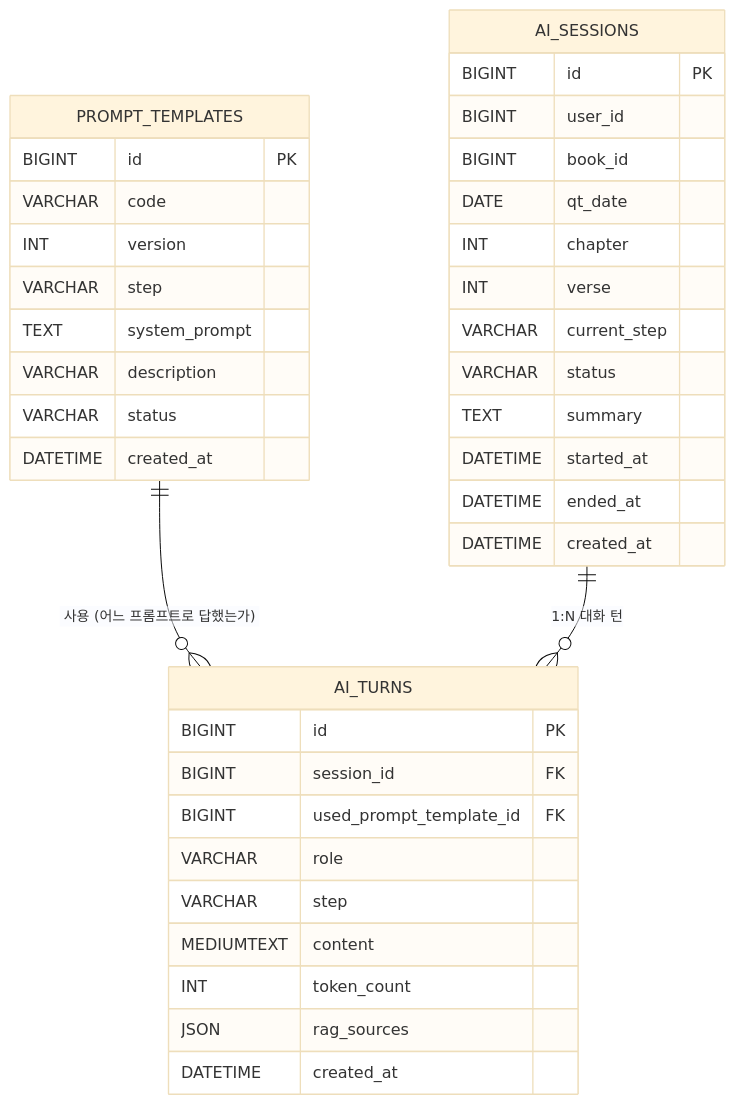
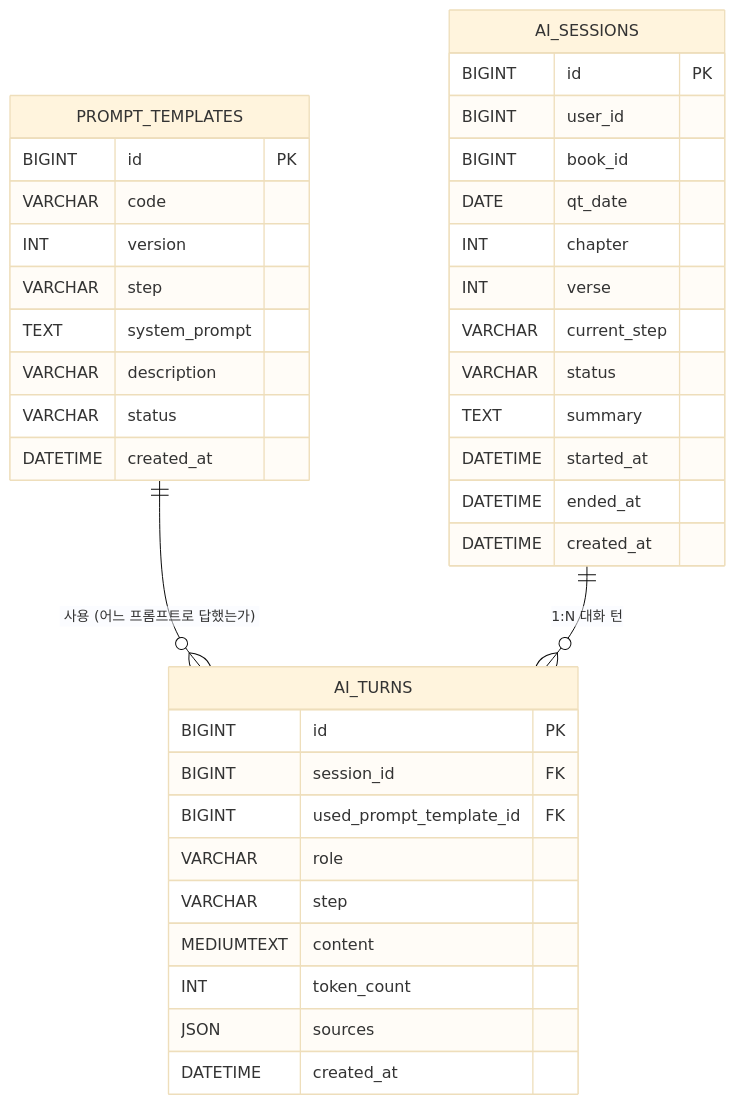
Before and after one commit to Tae0072/2nd-Team-Project: the third of 7 diagrams in 02_ERD_문서.md, drawn with Mermaid (base theme). The commit also changed other lines of this file and 56 other files, not shown here.

````diff
--- a/02_ERD_문서.md
+++ b/02_ERD_문서.md
@@ -349,41 +366,41 @@
 ```mermaid
 erDiagram
     PROMPT_TEMPLATES ||--o{ AI_TURNS : "사용 (어느 프롬프트로 답했는가)"
     AI_SESSIONS ||--o{ AI_TURNS : "1:N 대화 턴"
 
     PROMPT_TEMPLATES {
         BIGINT id PK
         VARCHAR code
         INT version
         VARCHAR step
         TEXT system_prompt
         VARCHAR description
         VARCHAR status
         DATETIME created_at
     }
     AI_SESSIONS {
         BIGINT id PK
         BIGINT user_id
         BIGINT book_id
         DATE qt_date
         INT chapter
         INT verse
         VARCHAR current_step
         VARCHAR status
         TEXT summary
         DATETIME started_at
         DATETIME ended_at
         DATETIME created_at
     }
     AI_TURNS {
         BIGINT id PK
         BIGINT session_id FK
         BIGINT used_prompt_template_id FK
         VARCHAR role
         VARCHAR step
         MEDIUMTEXT content
         INT token_count
-        JSON rag_sources
+        JSON sources
         DATETIME created_at
     }
 ```
````
